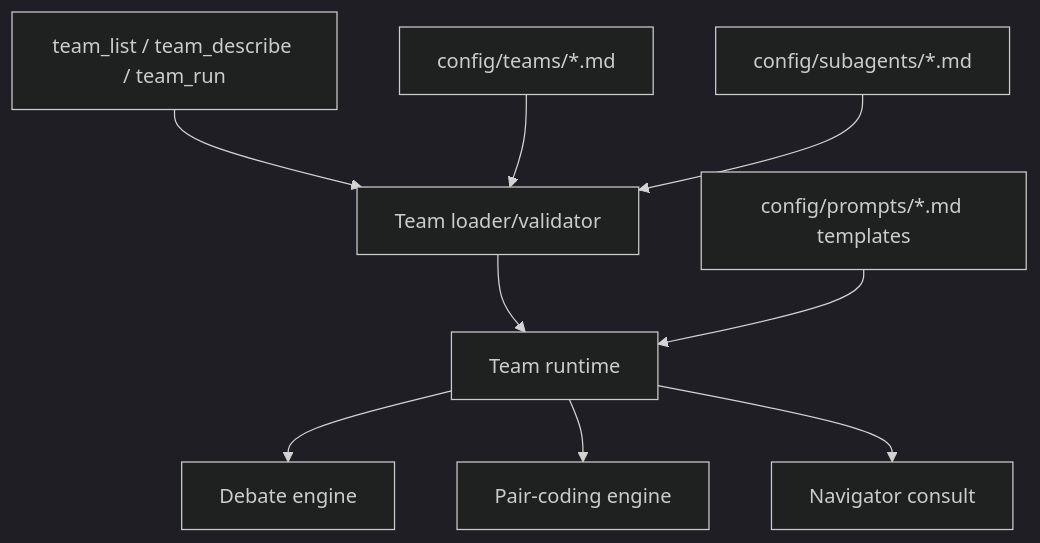
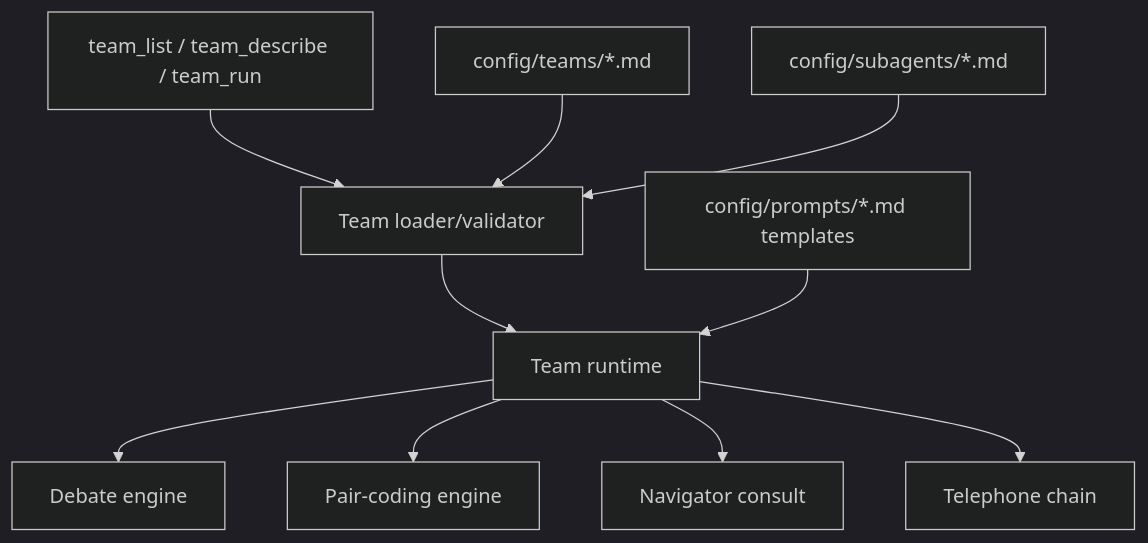
One commit to tS7hKamAYL84j91/pi-tools-and-skills changed the diagram in docs/teams-migration-plan.md. Above: the diagram before and after it, drawn with Mermaid (dark theme). The commit also changed other lines of this file and 11 other files, not shown here.

````diff
--- a/docs/teams-migration-plan.md
+++ b/docs/teams-migration-plan.md
@@ -12,11 +12,12 @@
 ```mermaid
 flowchart TD
   TeamTools[team_list / team_describe / team_run] --> Loader[Team loader/validator]
   Teams[config/teams/*.md] --> Loader
   Subagents[config/subagents/*.md] --> Loader
   Loader --> Runtime[Team runtime]
   Runtime --> Debate[Debate engine]
   Runtime --> PairCoding[Pair-coding engine]
   Runtime --> PairConsult[Navigator consult]
+  Runtime --> Telephone[Telephone chain]
   Prompts[config/prompts/*.md templates] --> Runtime
 ```
````
